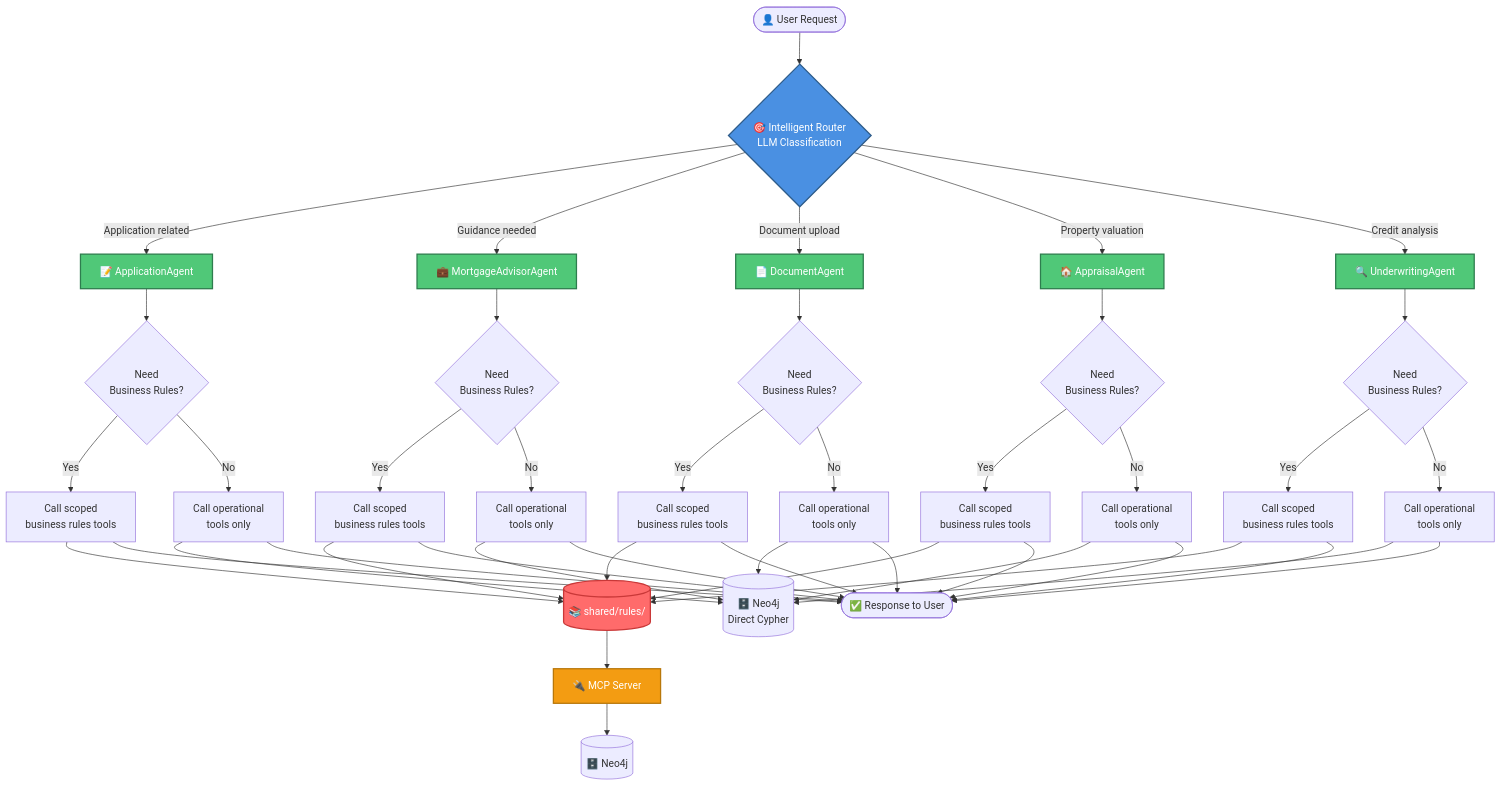
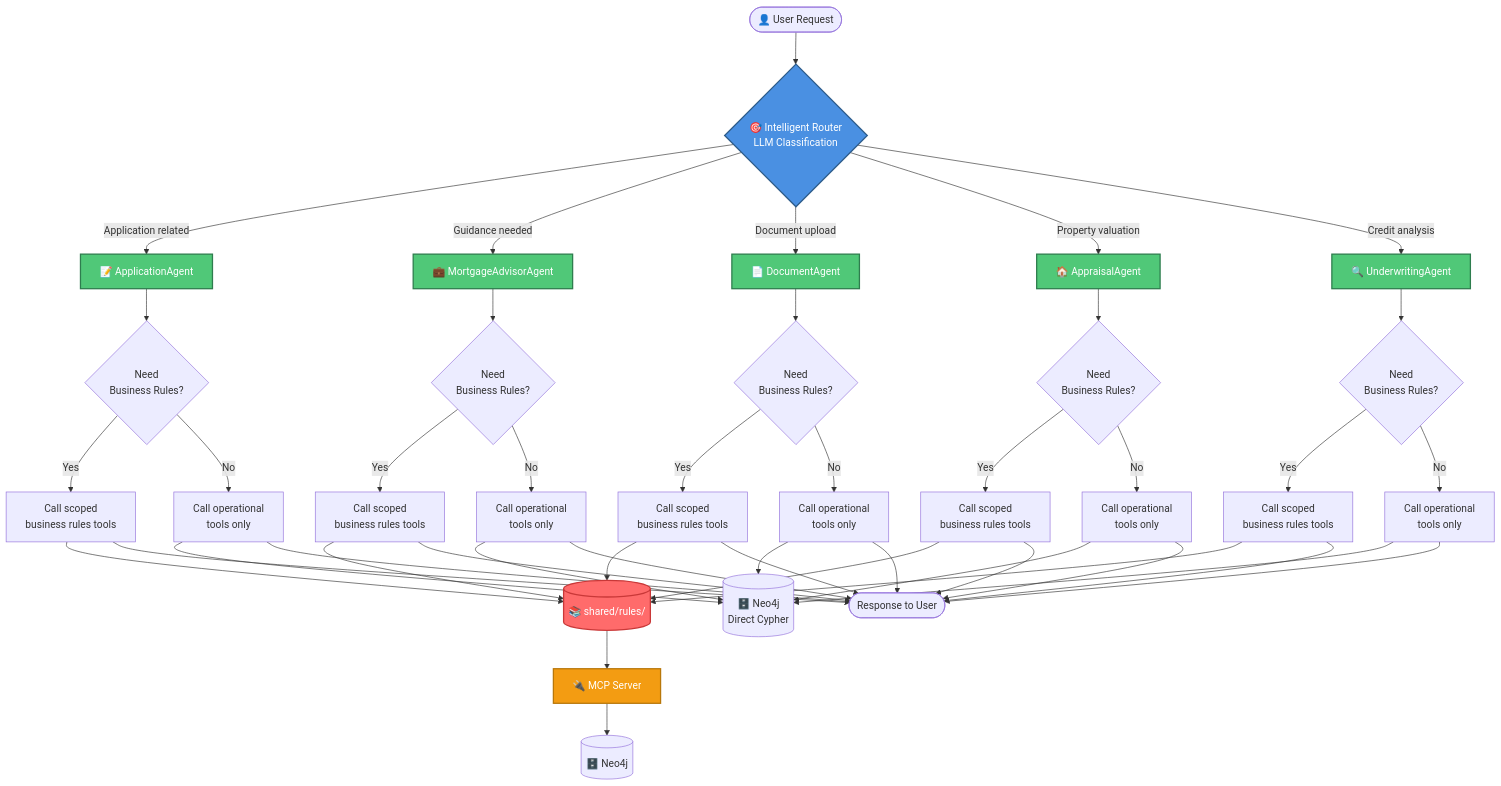
Before and after one commit to rrbanda/mortgage-agents: the seventh of 7 diagrams in docs/ARCHITECTURE_DIAGRAMS.md, drawn with Mermaid. The commit also changed other lines of this file and 13 other files, not shown here.

````diff
--- a/docs/ARCHITECTURE_DIAGRAMS.md
+++ b/docs/ARCHITECTURE_DIAGRAMS.md
@@ -303,66 +303,66 @@
 ```mermaid
 flowchart TD
     Start([👤 User Request]) --> Router{🎯 Intelligent Router<br/>LLM Classification}
     
     Router -->|Application related| AppAgent[📝 ApplicationAgent]
     Router -->|Guidance needed| AdvisorAgent[💼 MortgageAdvisorAgent]
     Router -->|Document upload| DocAgent[📄 DocumentAgent]
     Router -->|Property valuation| AppraisalAgent[🏠 AppraisalAgent]
     Router -->|Credit analysis| UnderwritingAgent[🔍 UnderwritingAgent]
     
     AppAgent --> AppProcess{Need<br/>Business Rules?}
     AdvisorAgent --> AdvisorProcess{Need<br/>Business Rules?}
     DocAgent --> DocProcess{Need<br/>Business Rules?}
     AppraisalAgent --> AppraisalProcess{Need<br/>Business Rules?}
     UnderwritingAgent --> UnderwritingProcess{Need<br/>Business Rules?}
     
     AppProcess -->|Yes| AppBR[Call scoped<br/>business rules tools]
     AppProcess -->|No| AppOp[Call operational<br/>tools only]
     
     AdvisorProcess -->|Yes| AdvisorBR[Call scoped<br/>business rules tools]
     AdvisorProcess -->|No| AdvisorOp[Call operational<br/>tools only]
     
     DocProcess -->|Yes| DocBR[Call scoped<br/>business rules tools]
     DocProcess -->|No| DocOp[Call operational<br/>tools only]
     
     AppraisalProcess -->|Yes| AppraisalBR[Call scoped<br/>business rules tools]
     AppraisalProcess -->|No| AppraisalOp[Call operational<br/>tools only]
     
     UnderwritingProcess -->|Yes| UnderwritingBR[Call scoped<br/>business rules tools]
     UnderwritingProcess -->|No| UnderwritingOp[Call operational<br/>tools only]
     
     AppBR --> SharedRules[(📚 shared/rules/)]
     AdvisorBR --> SharedRules
     DocBR --> SharedRules
     AppraisalBR --> SharedRules
     UnderwritingBR --> SharedRules
     
     SharedRules --> MCP[🔌 MCP Server]
     MCP --> Neo4j[(🗄️ Neo4j)]
     
     AppOp --> Neo4jDirect[(🗄️ Neo4j<br/>Direct Cypher)]
     AdvisorOp --> Neo4jDirect
     DocOp --> Neo4jDirect
     AppraisalOp --> Neo4jDirect
     UnderwritingOp --> Neo4jDirect
     
-    AppBR --> Response([✅ Response to User])
+    AppBR --> Response([ Response to User])
     AppOp --> Response
     AdvisorBR --> Response
     AdvisorOp --> Response
     DocBR --> Response
     DocOp --> Response
     AppraisalBR --> Response
     AppraisalOp --> Response
     UnderwritingBR --> Response
     UnderwritingOp --> Response
     
     style Router fill:#4A90E2,stroke:#2E5C8A,stroke-width:2px,color:#fff
     style AppAgent fill:#50C878,stroke:#2E7D4E,stroke-width:2px,color:#fff
     style AdvisorAgent fill:#50C878,stroke:#2E7D4E,stroke-width:2px,color:#fff
     style DocAgent fill:#50C878,stroke:#2E7D4E,stroke-width:2px,color:#fff
     style AppraisalAgent fill:#50C878,stroke:#2E7D4E,stroke-width:2px,color:#fff
     style UnderwritingAgent fill:#50C878,stroke:#2E7D4E,stroke-width:2px,color:#fff
     style SharedRules fill:#FF6B6B,stroke:#C93838,stroke-width:2px,color:#fff
     style MCP fill:#F39C12,stroke:#B8770A,stroke-width:2px,color:#fff
 ```
````
